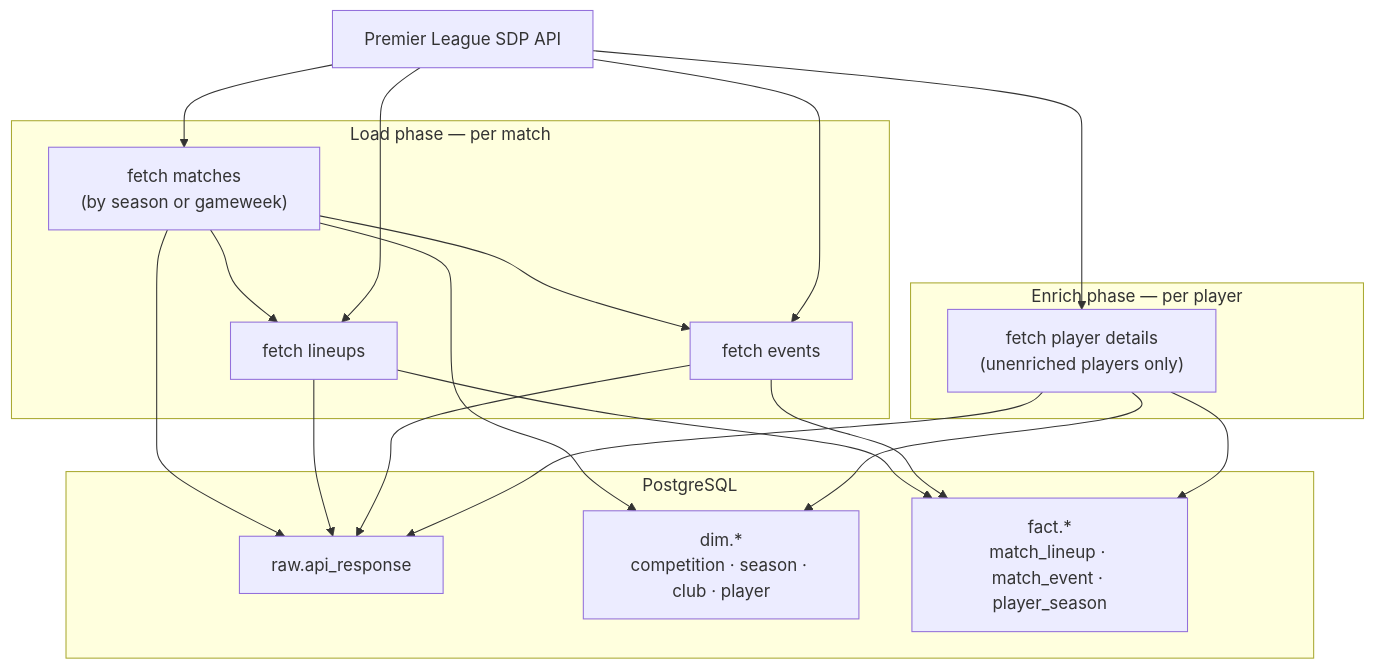
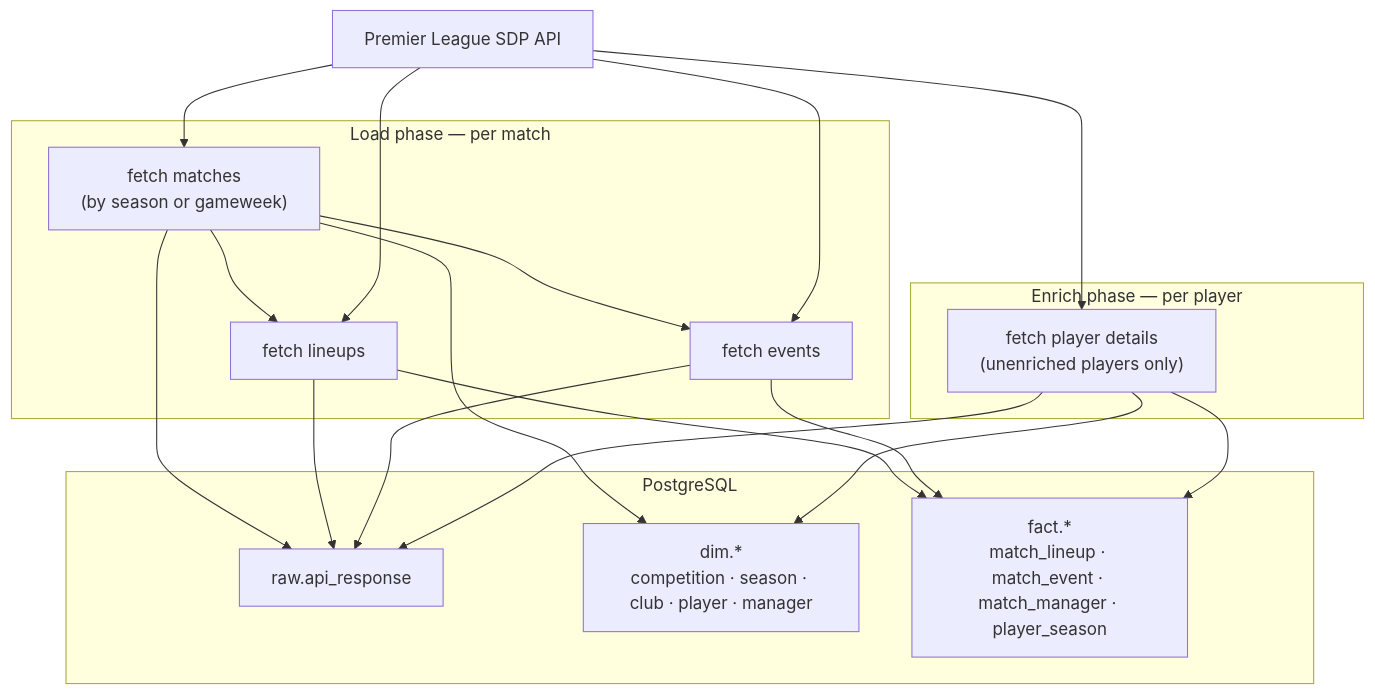
One commit to thomasdavies2000/football-data-etl changed the first of 2 diagrams in README.md. Above: the diagram before and after it, drawn with Mermaid. The commit also changed other lines of this file and 2 other files, not shown here.

````diff
--- a/README.md
+++ b/README.md
@@ -9,27 +9,27 @@
 ```mermaid
 flowchart TD
     API["Premier League SDP API"]
 
     subgraph load ["Load phase — per match"]
         L1["fetch matches\n(by season or gameweek)"]
         L2["fetch lineups"]
         L3["fetch events"]
         L1 --> L2 & L3
     end
 
     subgraph enrich ["Enrich phase — per player"]
         E1["fetch player details\n(unenriched players only)"]
     end
 
     subgraph pg ["PostgreSQL"]
         RAW["raw.api_response"]
-        DIM["dim.*\ncompetition · season · club · player"]
-        FACT["fact.*\nmatch_lineup · match_event · player_season"]
+        DIM["dim.*\ncompetition · season · club · player · manager"]
+        FACT["fact.*\nmatch_lineup · match_event · match_manager · player_season"]
     end
 
     API --> L1 & L2 & L3 & E1
     L1 --> RAW & DIM
     L2 --> RAW & FACT
     L3 --> RAW & FACT
     E1 --> RAW & DIM & FACT
 ```
````
